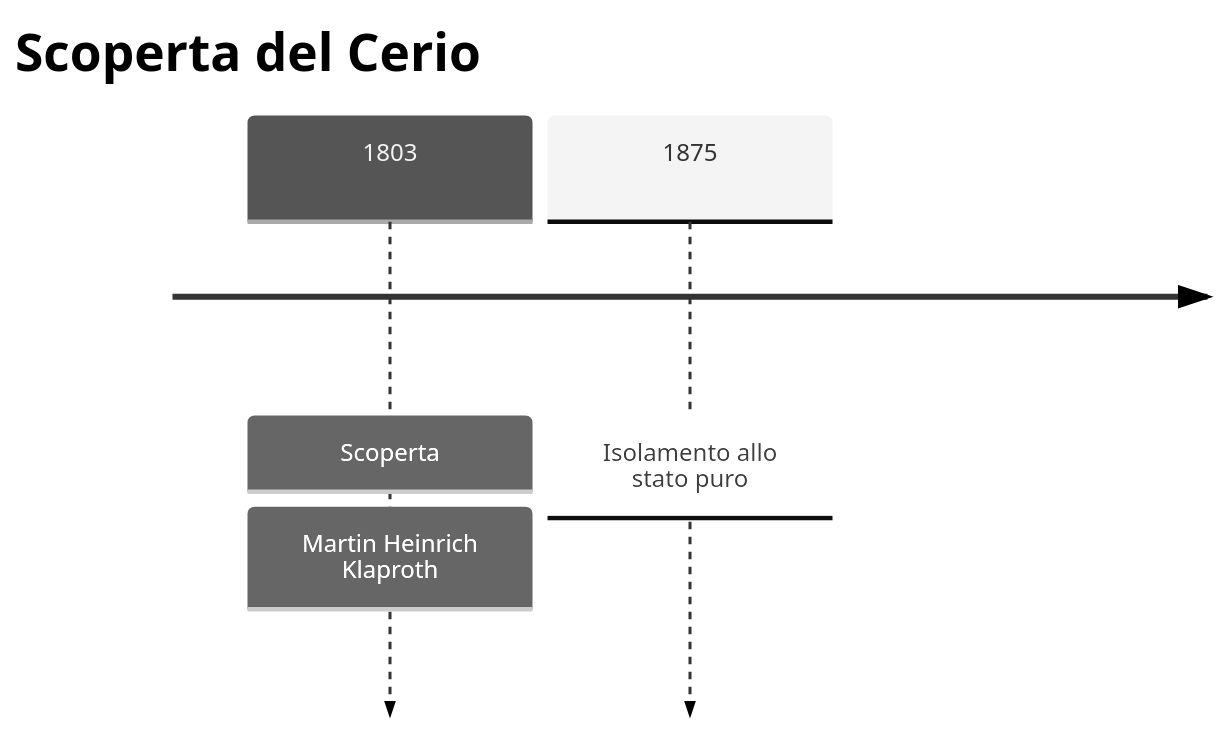
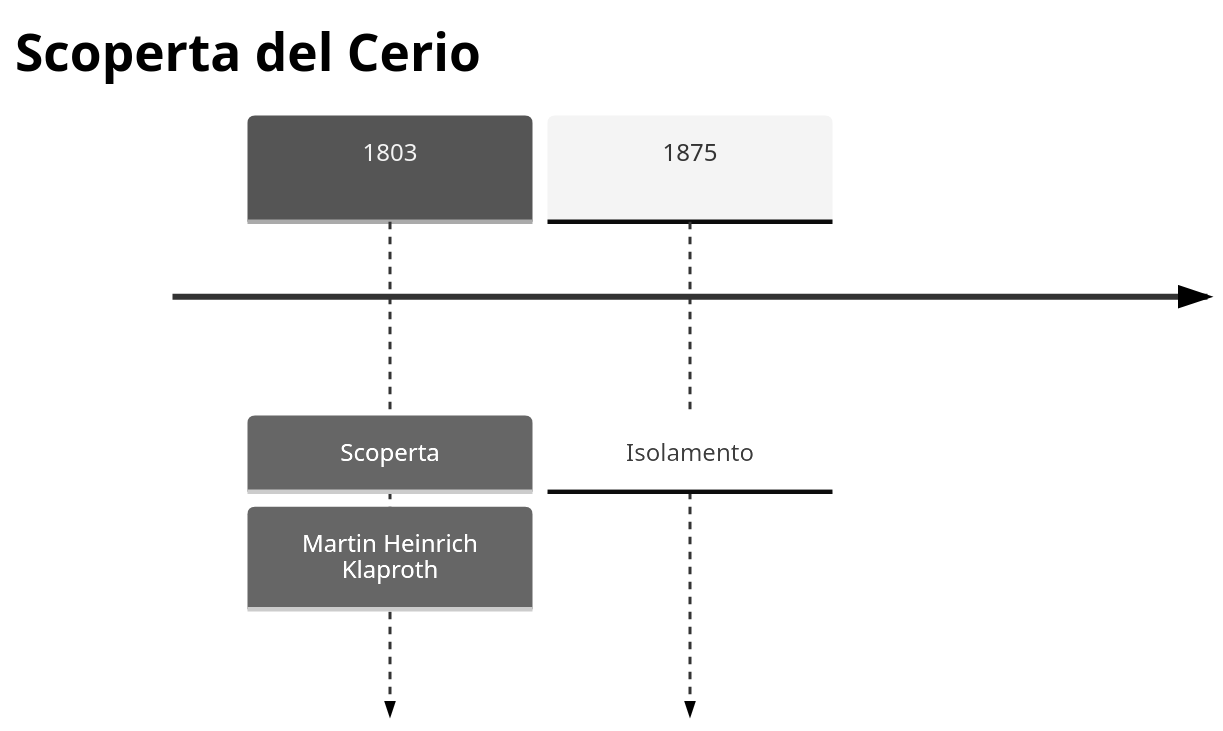
Before and after one commit to gianlucaciarcelluti/elements-caos: the first of 2 diagrams in vault/Elementi/Cerio.md, drawn with Mermaid (neutral theme). The commit also changed 56 other files, not shown here.

````diff
--- a/vault/Elementi/Cerio.md
+++ b/vault/Elementi/Cerio.md
@@ -28,6 +28,6 @@
 ```mermaid
 timeline
     title Scoperta del Cerio
     1803 : Scoperta : Martin Heinrich Klaproth
-    1875 : Isolamento allo stato puro
+    1875 : Isolamento
 ```
````
